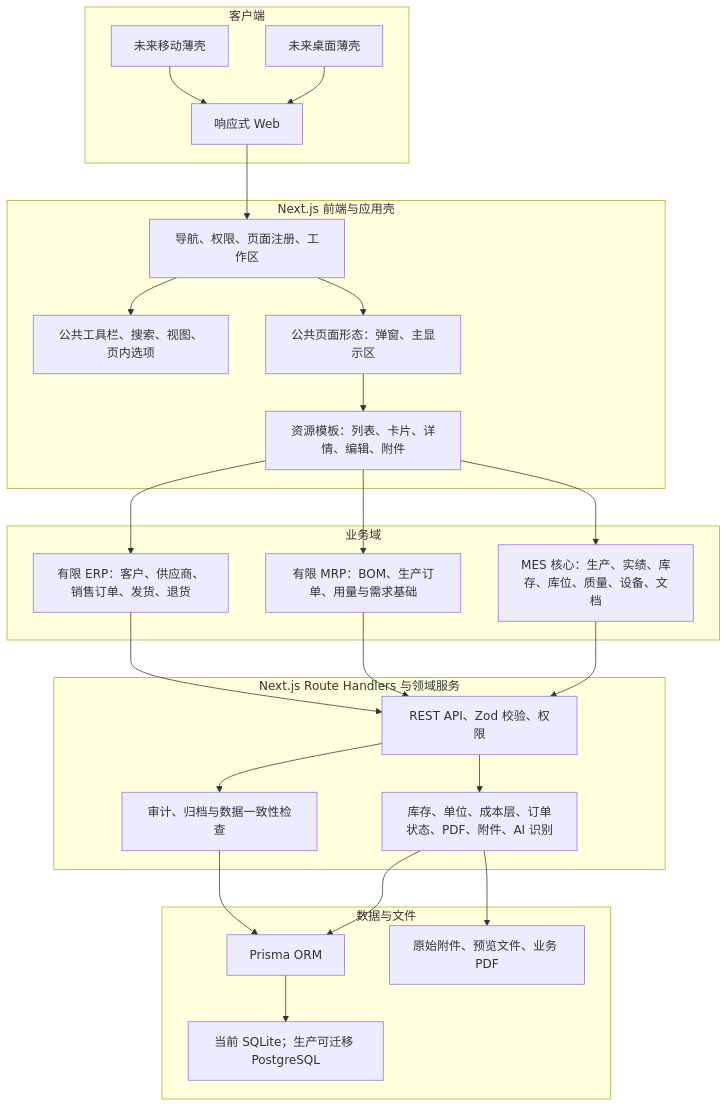
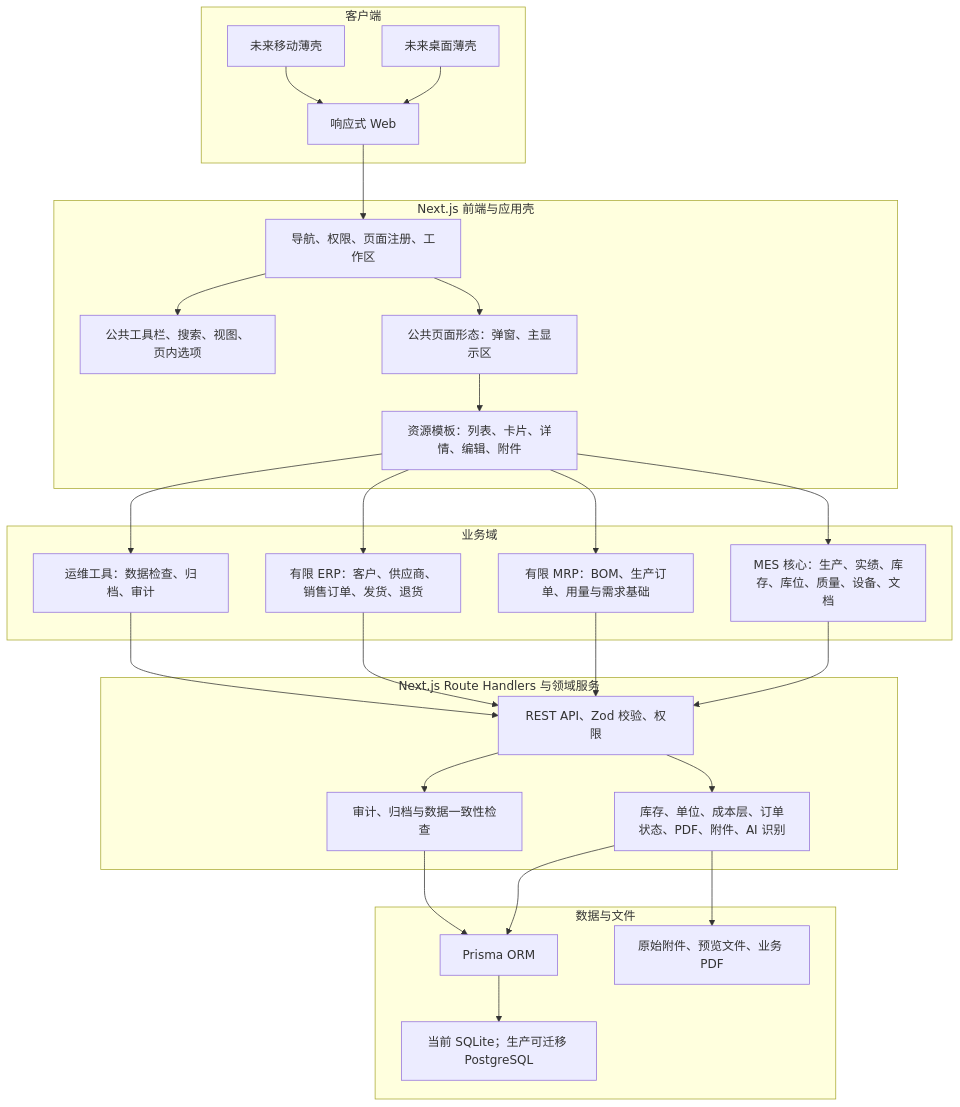
The first of 2 diagrams in docs/architecture/系统结构图.md (goldf2/mes-lite), drawn with Mermaid before and after one commit. The commit also changed 24 other files, not shown here.

````diff
--- a/docs/architecture/系统结构图.md
+++ b/docs/architecture/系统结构图.md
@@ -5,52 +5,55 @@
 ```mermaid
 flowchart TB
   subgraph Client["客户端"]
     Web["响应式 Web"]
     Desktop["未来桌面薄壳"]
     Mobile["未来移动薄壳"]
   end
 
   subgraph Frontend["Next.js 前端与应用壳"]
     Shell["导航、权限、页面注册、工作区"]
     Toolbar["公共工具栏、搜索、视图、页内选项"]
     Presentation["公共页面形态：弹窗、主显示区"]
     Resource["资源模板：列表、卡片、详情、编辑、附件"]
   end
 
   subgraph Domain["业务域"]
     MES["MES 核心：生产、实绩、库存、库位、质量、设备、文档"]
     MRP["有限 MRP：BOM、生产订单、用量与需求基础"]
     ERP["有限 ERP：客户、供应商、销售订单、发货、退货"]
+    Operations["运维工具：数据检查、归档、审计"]
   end
 
   subgraph Server["Next.js Route Handlers 与领域服务"]
     API["REST API、Zod 校验、权限"]
     Services["库存、单位、成本层、订单状态、PDF、附件、AI 识别"]
     Audit["审计、归档与数据一致性检查"]
   end
 
   subgraph Data["数据与文件"]
     Prisma["Prisma ORM"]
     DB["当前 SQLite；生产可迁移 PostgreSQL"]
     Storage["原始附件、预览文件、业务 PDF"]
   end
 
   Web --> Shell
   Desktop --> Web
   Mobile --> Web
   Shell --> Toolbar
   Shell --> Presentation
   Presentation --> Resource
   Resource --> MES
   Resource --> MRP
   Resource --> ERP
+  Resource --> Operations
   MES --> API
   MRP --> API
   ERP --> API
+  Operations --> API
   API --> Services
   API --> Audit
   Services --> Prisma
   Audit --> Prisma
   Prisma --> DB
   Services --> Storage
 ```
````
